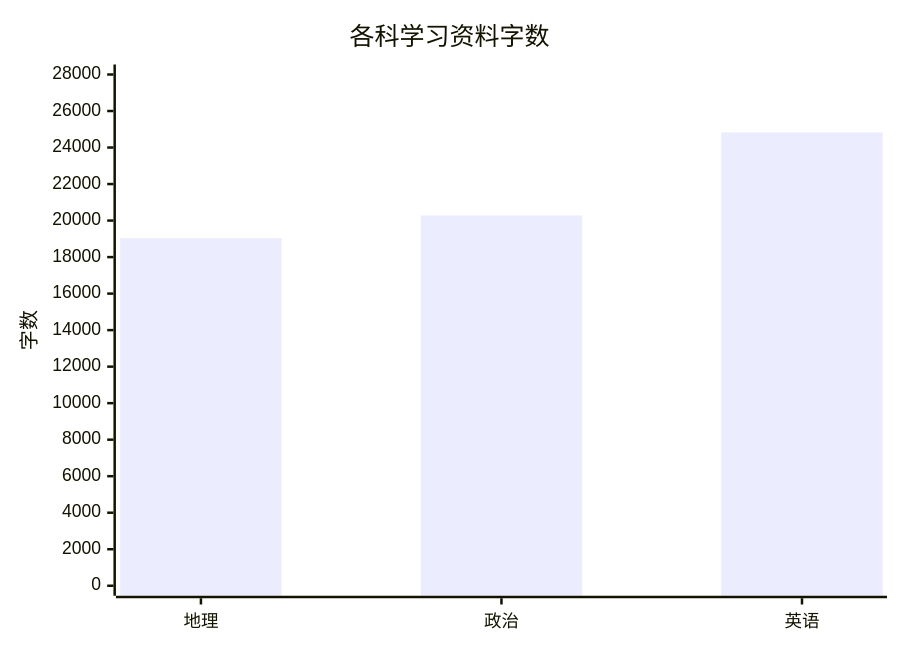
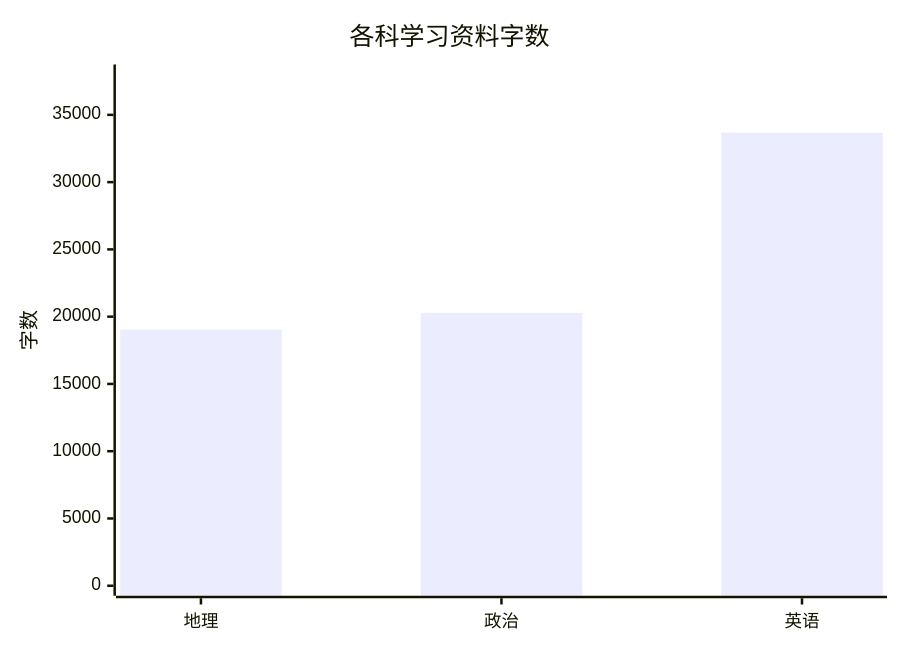
One commit to zhuchenyu2008/Learning-Library changed the first of 3 diagrams in README.md. Above: the diagram before and after it, drawn with Mermaid. The commit also changed other lines of this file, not shown here.

````diff
--- a/README.md
+++ b/README.md
@@ -36,7 +36,7 @@
 ```mermaid
 xychart-beta
     title "各科学习资料字数"
     x-axis ["地理", "政治", "英语"]
-    y-axis "字数" 0 --> 28000
-    bar [19037, 20279, 24828]
+    y-axis "字数" 0 --> 38000
+    bar [19037, 20279, 33673]
 ```
````
